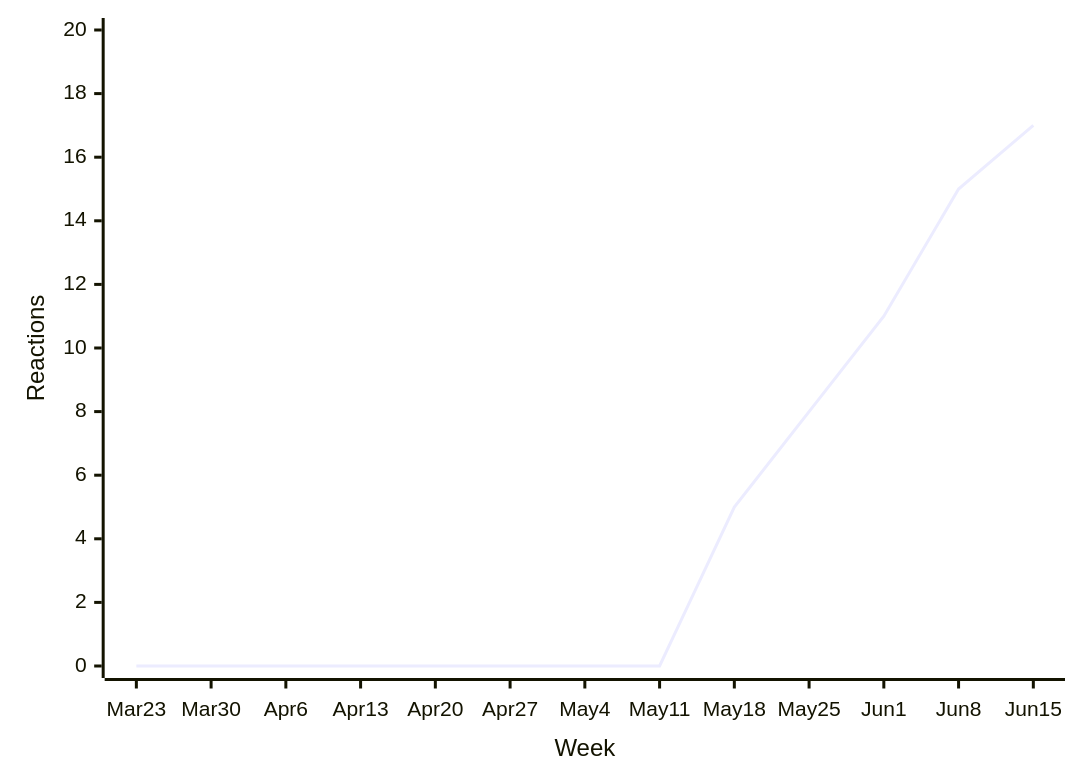
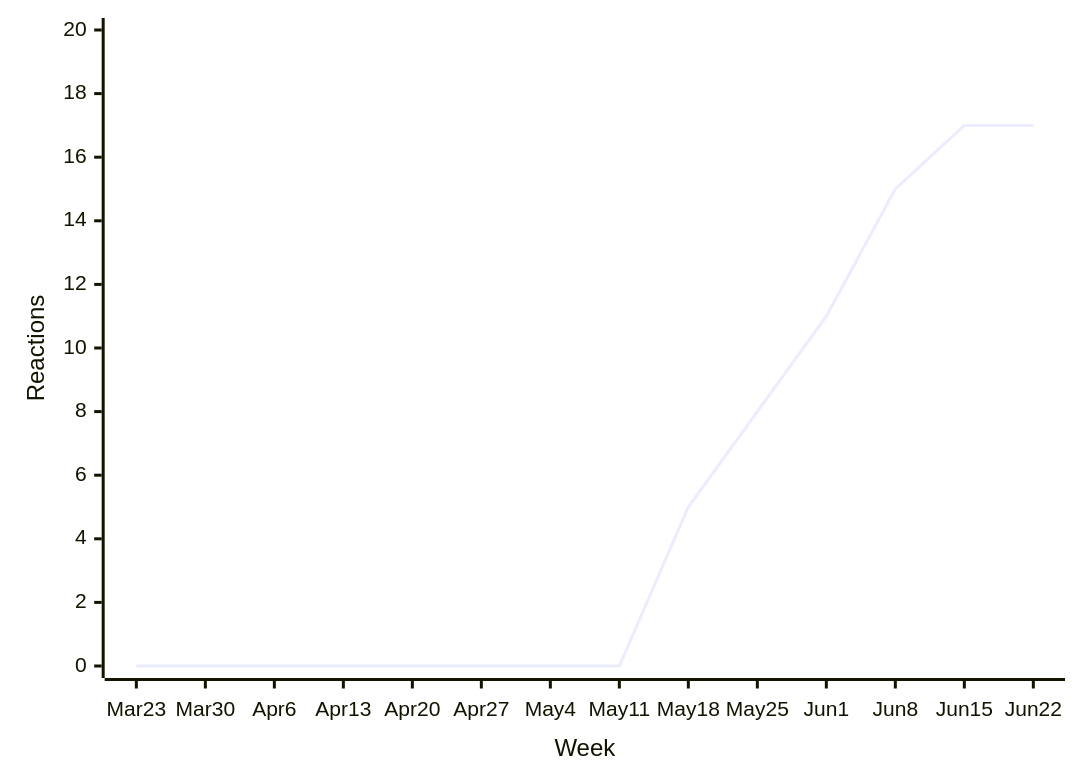
Before and after one commit to loic-sharma/github-insights: the ninth of 50 diagrams in README.md, drawn with Mermaid. The commit also changed other lines of this file and 3 other files, not shown here.

````diff
--- a/README.md
+++ b/README.md
@@ -475,6 +475,6 @@
   ```mermaid
   xychart-beta
-    x-axis "Week" [Mar 23, Mar 30, Apr 6, Apr 13, Apr 20, Apr 27, May 4, May 11, May 18, May 25, Jun 1, Jun 8, Jun 15]
+    x-axis "Week" [Mar 23, Mar 30, Apr 6, Apr 13, Apr 20, Apr 27, May 4, May 11, May 18, May 25, Jun 1, Jun 8, Jun 15, Jun 22]
     y-axis "Reactions" 0 --> 20
-    line [0, 0, 0, 0, 0, 0, 0, 0, 5, 8, 11, 15, 17]
+    line [0, 0, 0, 0, 0, 0, 0, 0, 5, 8, 11, 15, 17, 17]
   ```
````
